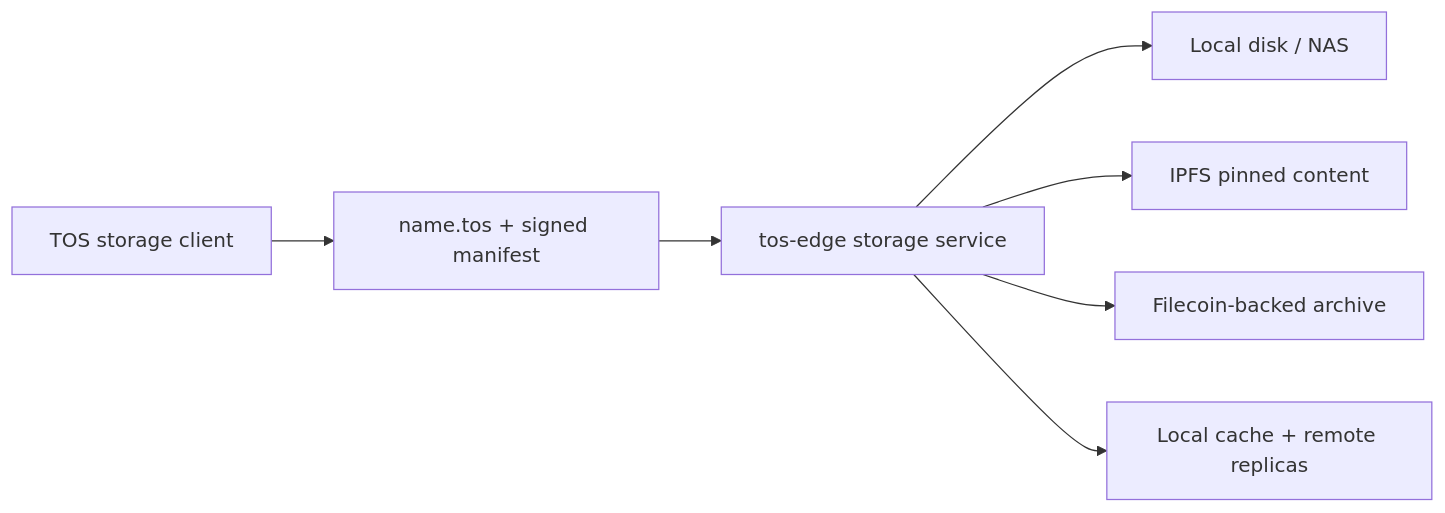
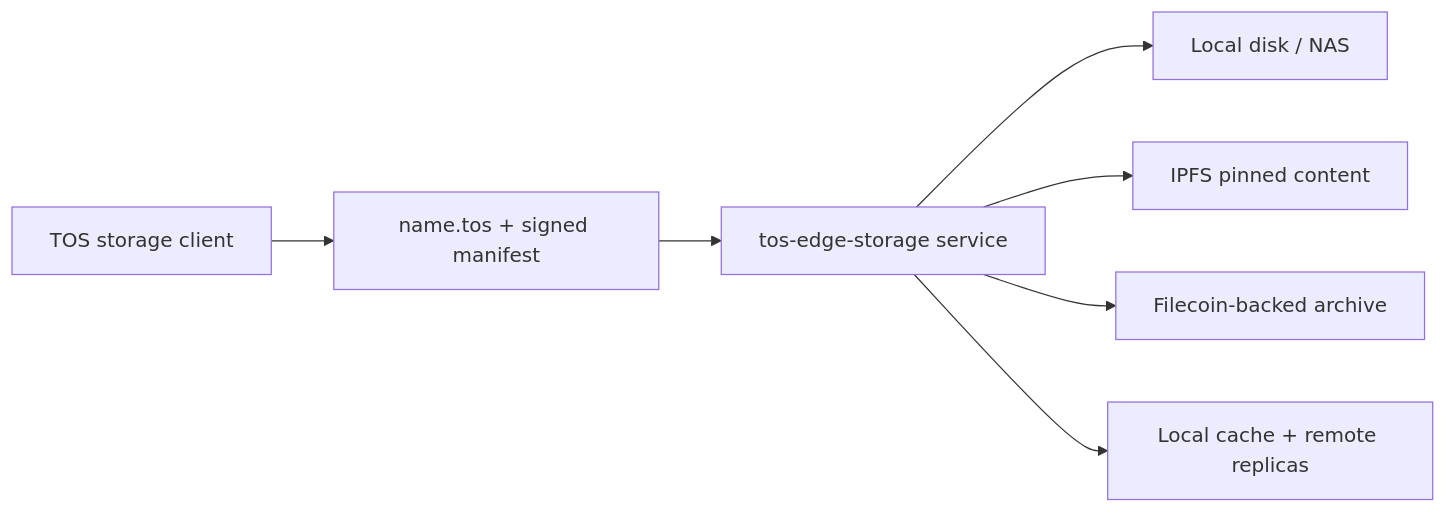
Before and after one commit to tosnetwork/tos: the third of 3 diagrams in doc/local-storage-sharing-use-case.md, drawn with Mermaid. The commit also changed other lines of this file and 15 other files, not shown here.

Commit message:
Reposition TOS around AI edge service terminals

````diff
--- a/doc/local-storage-sharing-use-case.md
+++ b/doc/local-storage-sharing-use-case.md
@@ -665,9 +674,9 @@
 ```mermaid
 flowchart LR
     Client["TOS storage client"] --> Identity["name.tos + signed manifest"]
-    Identity --> Edge["tos-edge storage service"]
+    Identity --> Edge["tos-edge-storage service"]
     Edge --> Local["Local disk / NAS"]
     Edge --> IPFS["IPFS pinned content"]
     Edge --> Filecoin["Filecoin-backed archive"]
     Edge --> Hybrid["Local cache + remote replicas"]
 ```
````
